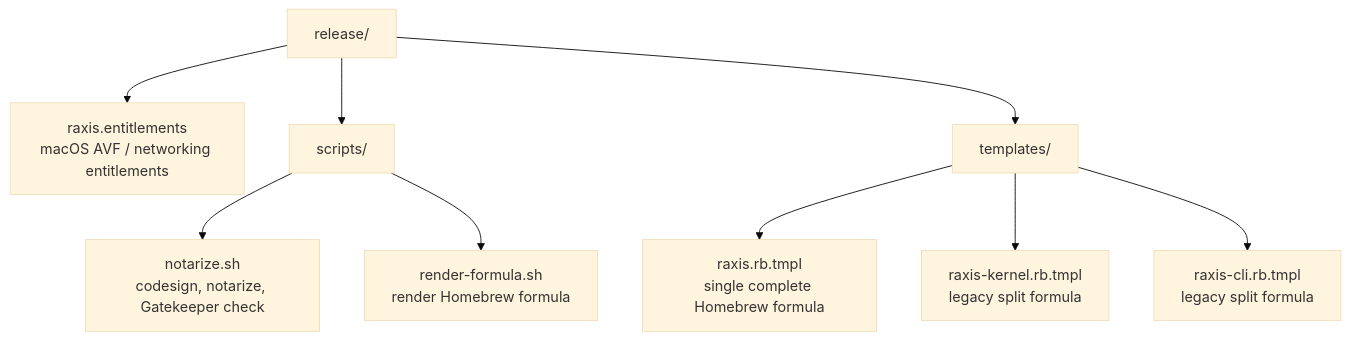
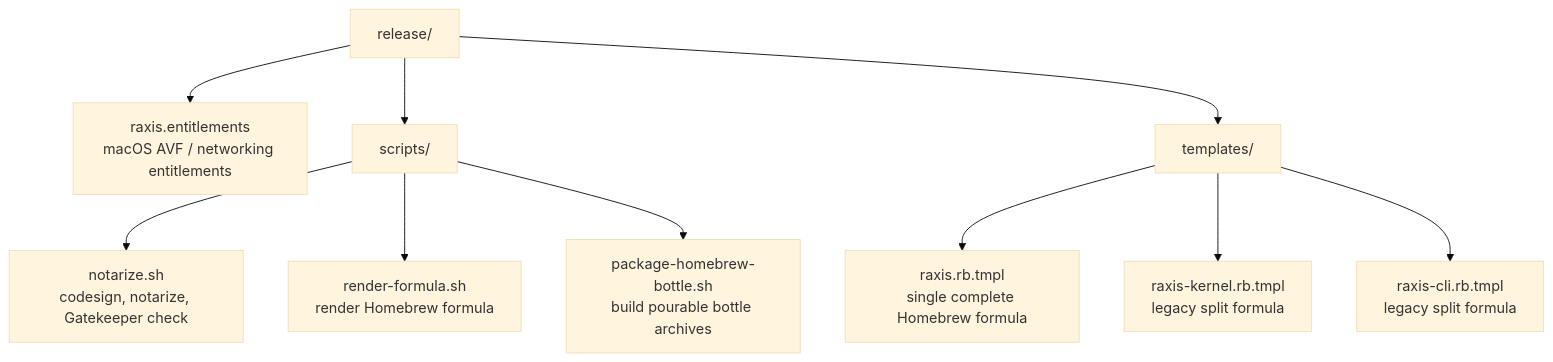
One commit to chika5105/raxis changed the first of 2 diagrams in raxis/release/README.md. Above: the diagram before and after it, drawn with Mermaid (base theme). The commit also changed other lines of this file and 6 other files, not shown here.

````diff
--- a/raxis/release/README.md
+++ b/raxis/release/README.md
@@ -7,12 +7,13 @@
 ```mermaid
 flowchart TD
     release["release/"]
     release --> entitlements["raxis.entitlements<br/>macOS AVF / networking entitlements"]
     release --> scripts["scripts/"]
     scripts --> notarize["notarize.sh<br/>codesign, notarize, Gatekeeper check"]
     scripts --> render["render-formula.sh<br/>render Homebrew formula"]
+    scripts --> bottles["package-homebrew-bottle.sh<br/>build pourable bottle archives"]
     release --> templates["templates/"]
     templates --> formula["raxis.rb.tmpl<br/>single complete Homebrew formula"]
     templates --> legacy_kernel["raxis-kernel.rb.tmpl<br/>legacy split formula"]
     templates --> legacy_cli["raxis-cli.rb.tmpl<br/>legacy split formula"]
 ```
````
